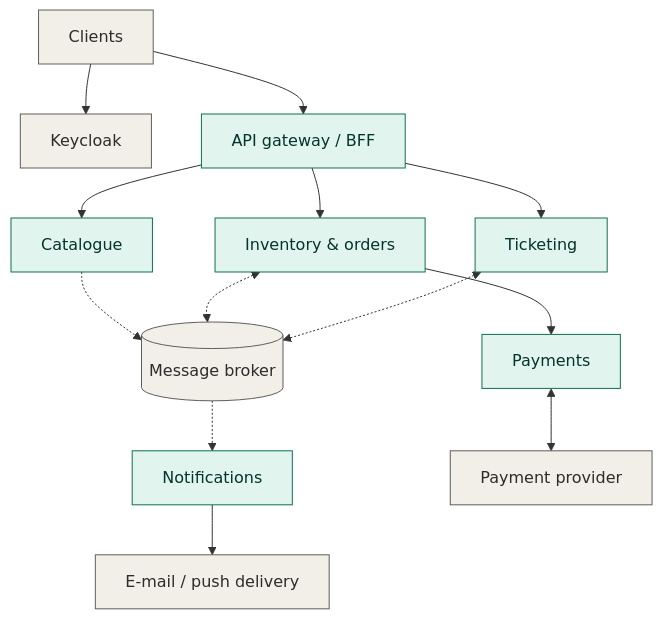
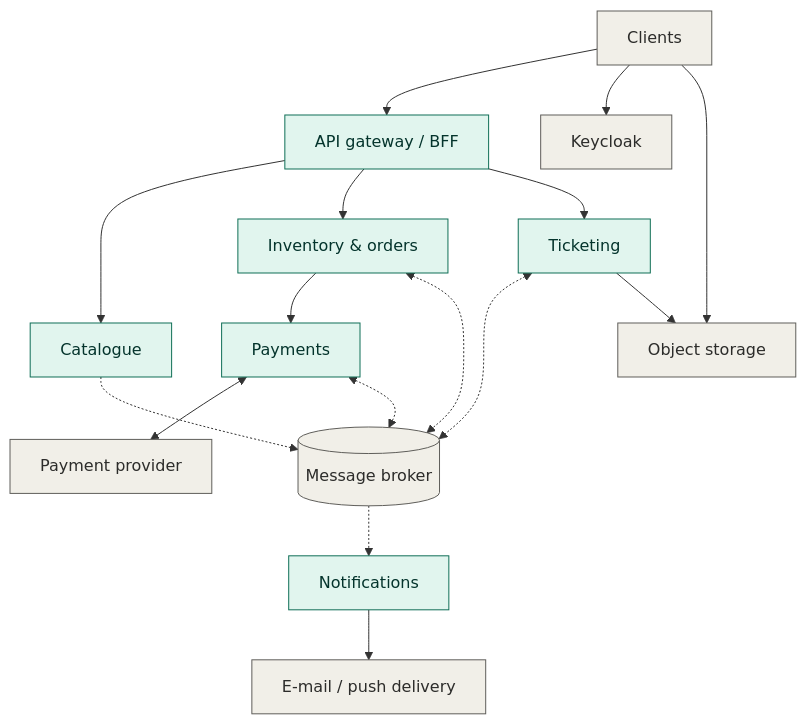
Before and after one commit to devgfe/polito-wa2-ticketing: the third of 3 diagrams in docs/milestones/M1-team-scope-and-services.md, drawn with Mermaid. The commit also changed other lines of this file and 23 other files, not shown here.

Commit message:
docs(m2): add openapi drafts, data ownership, purchase flow and adrs

````diff
--- a/docs/milestones/M1-team-scope-and-services.md
+++ b/docs/milestones/M1-team-scope-and-services.md
@@ -225,33 +238,37 @@
 ```mermaid
 %%{init: {"flowchart": {"htmlLabels": false}}}%%
 flowchart TB
   clients["Clients"]
   kc["Keycloak"]
   gw["API gateway / BFF"]
   cat["Catalogue"]
   inv["Inventory & orders"]
   tix["Ticketing"]
   pay["Payments"]
   mq[("Message broker")]
   ntf["Notifications"]
   psp["Payment provider"]
   mail["E-mail / push delivery"]
+  os["Object storage"]
 
   clients --> gw
   clients --> kc
+  clients --> os
   gw --> cat
   gw --> inv
   gw --> tix
   inv --> pay
   pay <--> psp
   cat -.-> mq
   inv <-.-> mq
   tix <-.-> mq
   mq -.-> ntf
   ntf --> mail
+  tix --> os
+  pay <-.-> mq
 
   classDef own fill:#E1F5EE,stroke:#0F6E56,color:#04342C
   classDef ext fill:#F1EFE8,stroke:#5F5E5A,color:#2C2C2A
   class gw,cat,inv,tix,pay,ntf own
-  class clients,kc,psp,mq,mail ext
+  class clients,kc,psp,mq,mail,os ext
 ```
````
